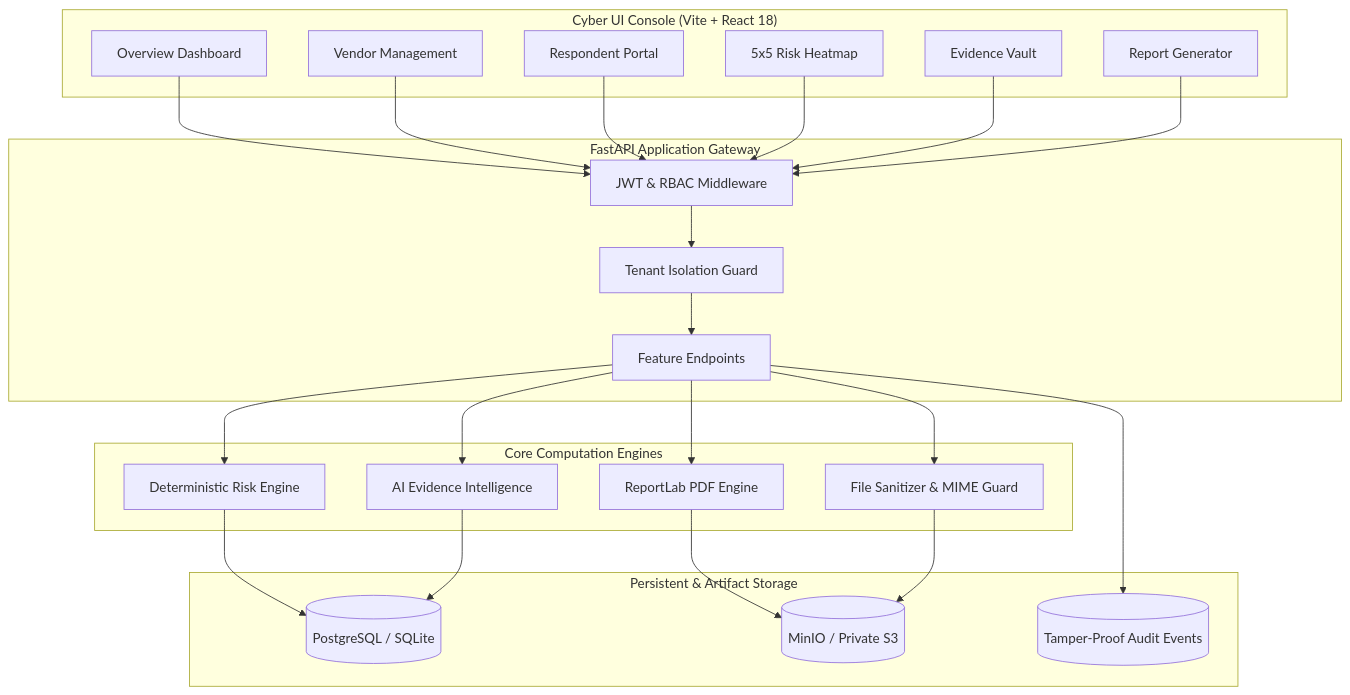
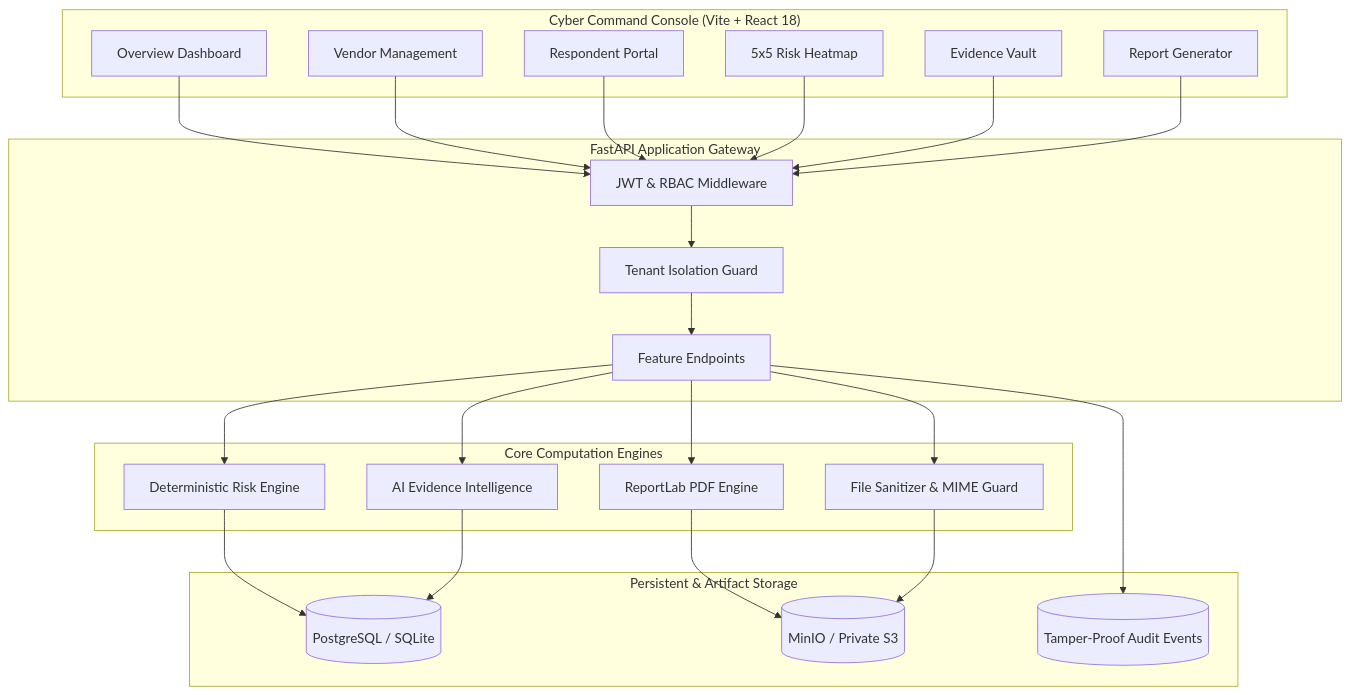
One commit to yuktac1011/ThirdSight changed the diagram in README.md. Above: the diagram before and after it, drawn with Mermaid. The commit also changed other lines of this file and 3 other files, not shown here.

Commit message:
docs: add custom high-fidelity SVG graphics for hero banner, assessment pipeline, and 5x5 heatmap matrix

````diff
--- a/README.md
+++ b/README.md
@@ -107,51 +125,51 @@
 ```mermaid
 graph TD
-    subgraph Frontend ["Cyber UI Console (Vite + React 18)"]
+    subgraph Client ["Cyber Command Console (Vite + React 18)"]
         UI_Dash["Overview Dashboard"]
         UI_Vendors["Vendor Management"]
         UI_Portal["Respondent Portal"]
         UI_Risk["5x5 Risk Heatmap"]
         UI_Evidence["Evidence Vault"]
         UI_Reports["Report Generator"]
     end
 
     subgraph API_Gateway ["FastAPI Application Gateway"]
         Auth["JWT & RBAC Middleware"]
         TenantFilter["Tenant Isolation Guard"]
         Router["Feature Endpoints"]
     end
 
     subgraph Engines ["Core Computation Engines"]
         RiskEngine["Deterministic Risk Engine"]
         AIEngine["AI Evidence Intelligence"]
         ReportEngine["ReportLab PDF Engine"]
         Quarantine["File Sanitizer & MIME Guard"]
     end
 
     subgraph Storage ["Persistent & Artifact Storage"]
         DB[(PostgreSQL / SQLite)]
         S3Vault[("MinIO / Private S3")]
         AuditLog[("Tamper-Proof Audit Events")]
     end
 
     UI_Dash --> Auth
     UI_Vendors --> Auth
     UI_Portal --> Auth
     UI_Risk --> Auth
     UI_Evidence --> Auth
     UI_Reports --> Auth
 
     Auth --> TenantFilter
     TenantFilter --> Router
 
     Router --> RiskEngine
     Router --> AIEngine
     Router --> ReportEngine
     Router --> Quarantine
 
     RiskEngine --> DB
     AIEngine --> DB
     ReportEngine --> S3Vault
     Quarantine --> S3Vault
     Router --> AuditLog
 ```
````
